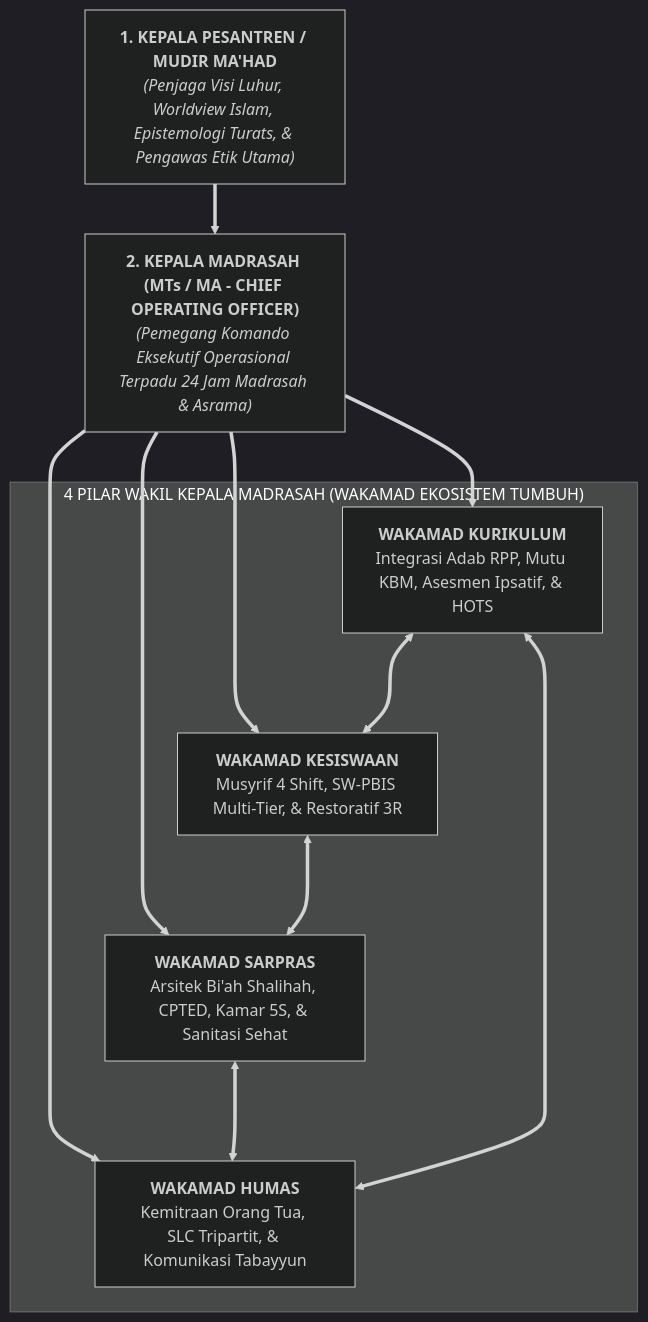
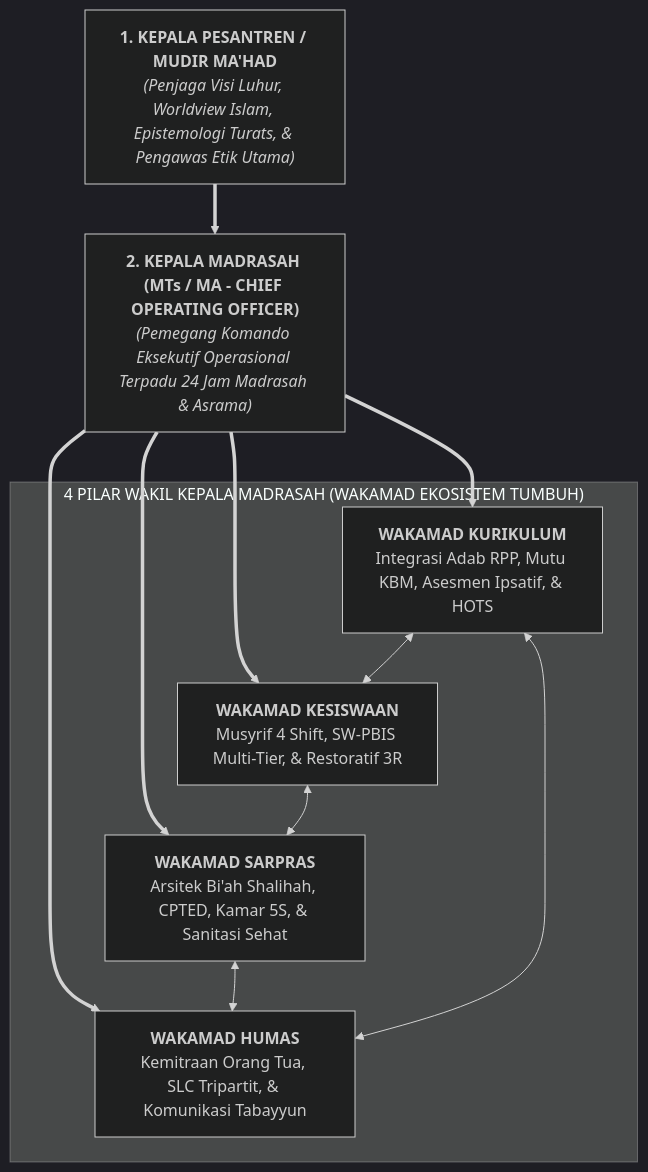
Before and after one commit to wandiapriliyandi/tumbuh: the diagram in BOOK Series 2/Volume-05-Manual-Operasional-SOP-24Jam-dan-Tata-Kelola/Bab-04-Integrasi-4-Pilar-Wakamad/01-Struktur-Organisasi-Terpadu-Bebas-Silo.md, drawn with Mermaid (dark theme). The commit also changed 6 other files, not shown here.

Commit message:
fix(book-series-2): resolve mermaid syntax parse errors in bidirectional links and labels

````diff
--- a/BOOK Series 2/Volume-05-Manual-Operasional-SOP-24Jam-dan-Tata-Kelola/Bab-04-Integrasi-4-Pilar-Wakamad/01-Struktur-Organisasi-Terpadu-Bebas-Silo.md
+++ b/BOOK Series 2/Volume-05-Manual-Operasional-SOP-24Jam-dan-Tata-Kelola/Bab-04-Integrasi-4-Pilar-Wakamad/01-Struktur-Organisasi-Terpadu-Bebas-Silo.md
@@ -16,22 +16,22 @@
 ```mermaid
 flowchart TD
     Mudir["<b>1. KEPALA PESANTREN / MUDIR MA'HAD</b><br/><i>(Penjaga Visi Luhur, Worldview Islam, Epistemologi Turats, & Pengawas Etik Utama)</i>"]
     
     Kamad["<b>2. KEPALA MADRASAH (MTs / MA - CHIEF OPERATING OFFICER)</b><br/><i>(Pemegang Komando Eksekutif Operasional Terpadu 24 Jam Madrasah & Asrama)</i>"]
 
     Mudir ==> Kamad
 
     subgraph Dewan4Pilar["4 PILAR WAKIL KEPALA MADRASAH (WAKAMAD EKOSISTEM TUMBUH)"]
         W1["<b>WAKAMAD KURIKULUM</b><br/>Integrasi Adab RPP, Mutu KBM, Asesmen Ipsatif, & HOTS"]
         W2["<b>WAKAMAD KESISWAAN</b><br/>Musyrif 4 Shift, SW-PBIS Multi-Tier, & Restoratif 3R"]
         W3["<b>WAKAMAD SARPRAS</b><br/>Arsitek Bi'ah Shalihah, CPTED, Kamar 5S, & Sanitasi Sehat"]
         W4["<b>WAKAMAD HUMAS</b><br/>Kemitraan Orang Tua, SLC Tripartit, & Komunikasi Tabayyun"]
     end
 
     Kamad ==> W1 & W2 & W3 & W4
 
-    W1 <===> W2
-    W2 <===> W3
-    W3 <===> W4
-    W4 <===> W1
+    W1 <--> W2
+    W2 <--> W3
+    W3 <--> W4
+    W4 <--> W1
 ```
````
